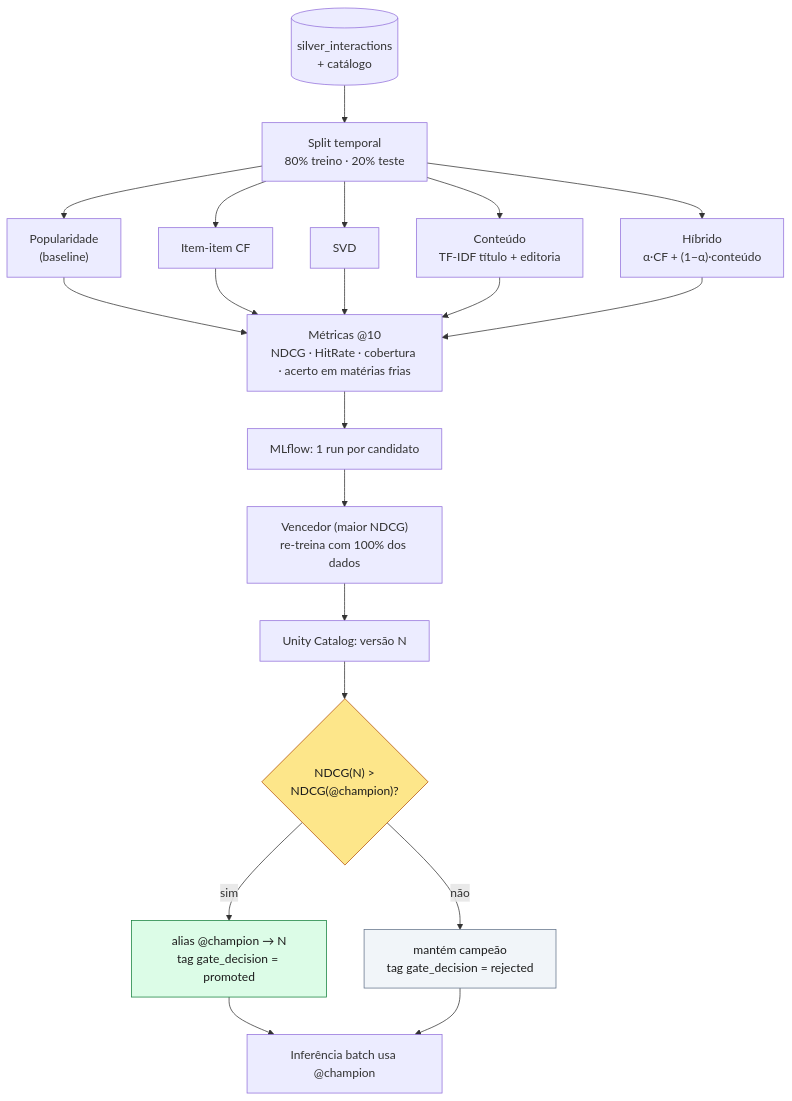
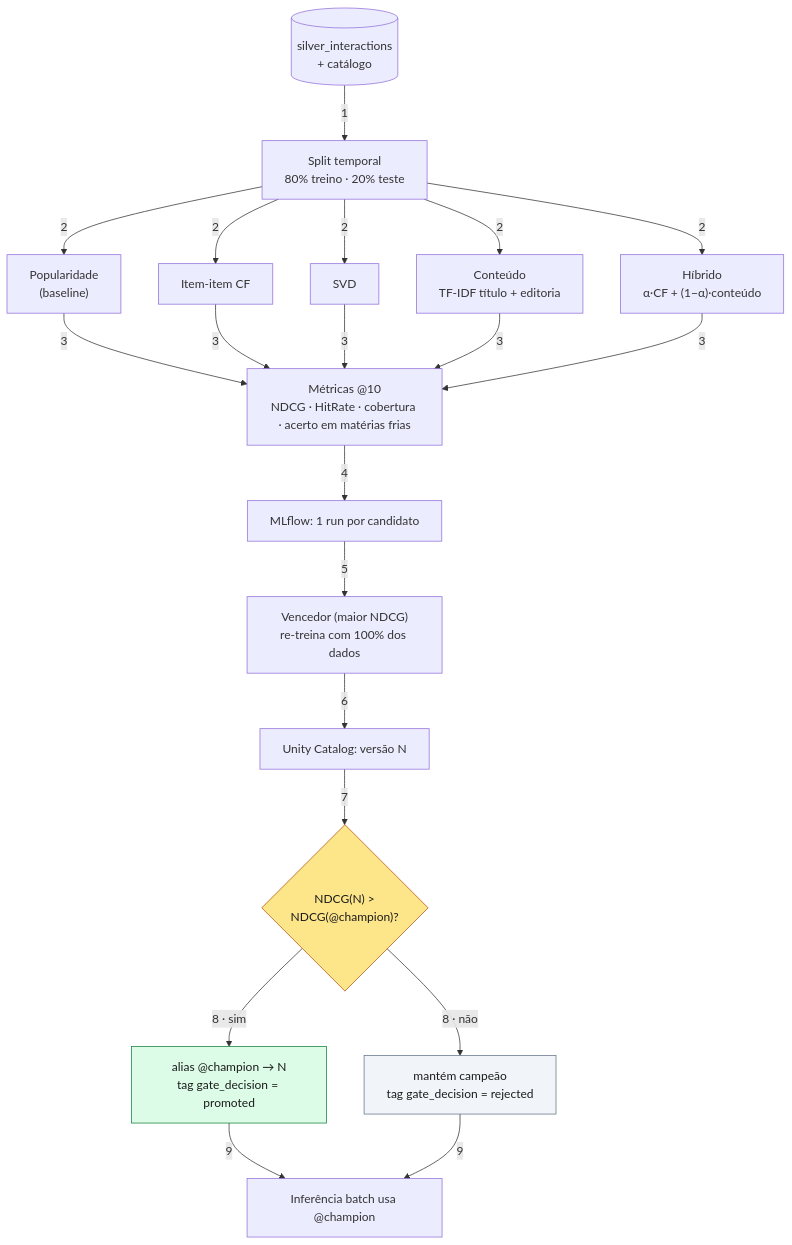
The second of 4 diagrams in docs/ARQUITETURA_MERMAID.md (will3g/news-recsys-databricks), drawn with Mermaid before and after one commit. The commit also changed other lines of this file, not shown here.

Commit message:
docs: numera as setas dos diagramas e adiciona passo a passo

````diff
--- a/docs/ARQUITETURA_MERMAID.md
+++ b/docs/ARQUITETURA_MERMAID.md
@@ -75,27 +103,27 @@
 ```mermaid
 flowchart TB
-    D[("silver_interactions<br/>+ catálogo")] --> S["Split temporal<br/>80% treino · 20% teste"]
+    D[("silver_interactions<br/>+ catálogo")] -- "1" --> S["Split temporal<br/>80% treino · 20% teste"]
 
-    S --> P["Popularidade<br/>(baseline)"]
-    S --> CF["Item-item CF"]
-    S --> SVD["SVD"]
-    S --> CT["Conteúdo<br/>TF-IDF título + editoria"]
-    S --> HY["Híbrido<br/>α·CF + (1−α)·conteúdo"]
+    S -- "2" --> P["Popularidade<br/>(baseline)"]
+    S -- "2" --> CF["Item-item CF"]
+    S -- "2" --> SVD["SVD"]
+    S -- "2" --> CT["Conteúdo<br/>TF-IDF título + editoria"]
+    S -- "2" --> HY["Híbrido<br/>α·CF + (1−α)·conteúdo"]
 
-    P & CF & SVD & CT & HY --> M["Métricas @10<br/>NDCG · HitRate · cobertura · acerto em matérias frias"]
-    M --> R["MLflow: 1 run por candidato"]
-    R --> W["Vencedor (maior NDCG)<br/>re-treina com 100% dos dados"]
-    W --> V["Unity Catalog: versão N"]
-    V --> G{"NDCG(N) ><br/>NDCG(@champion)?"}
-    G -- sim --> C["alias @champion → N<br/>tag gate_decision = promoted"]
-    G -- não --> K["mantém campeão<br/>tag gate_decision = rejected"]
-    C --> B["Inferência batch usa @champion"]
-    K --> B
+    P & CF & SVD & CT & HY -- "3" --> M["Métricas @10<br/>NDCG · HitRate · cobertura · acerto em matérias frias"]
+    M -- "4" --> R["MLflow: 1 run por candidato"]
+    R -- "5" --> W["Vencedor (maior NDCG)<br/>re-treina com 100% dos dados"]
+    W -- "6" --> V["Unity Catalog: versão N"]
+    V -- "7" --> G{"NDCG(N) ><br/>NDCG(@champion)?"}
+    G -- "8 · sim" --> C["alias @champion → N<br/>tag gate_decision = promoted"]
+    G -- "8 · não" --> K["mantém campeão<br/>tag gate_decision = rejected"]
+    C -- "9" --> B["Inferência batch usa @champion"]
+    K -- "9" --> B
 
     classDef gate fill:#fde68a,stroke:#b45309,color:#1b1b1b
     classDef win fill:#dcfce7,stroke:#15803d,color:#1b1b1b
     classDef lose fill:#f1f5f9,stroke:#64748b,color:#1b1b1b
     class G gate
     class C win
     class K lose
 ```
````
